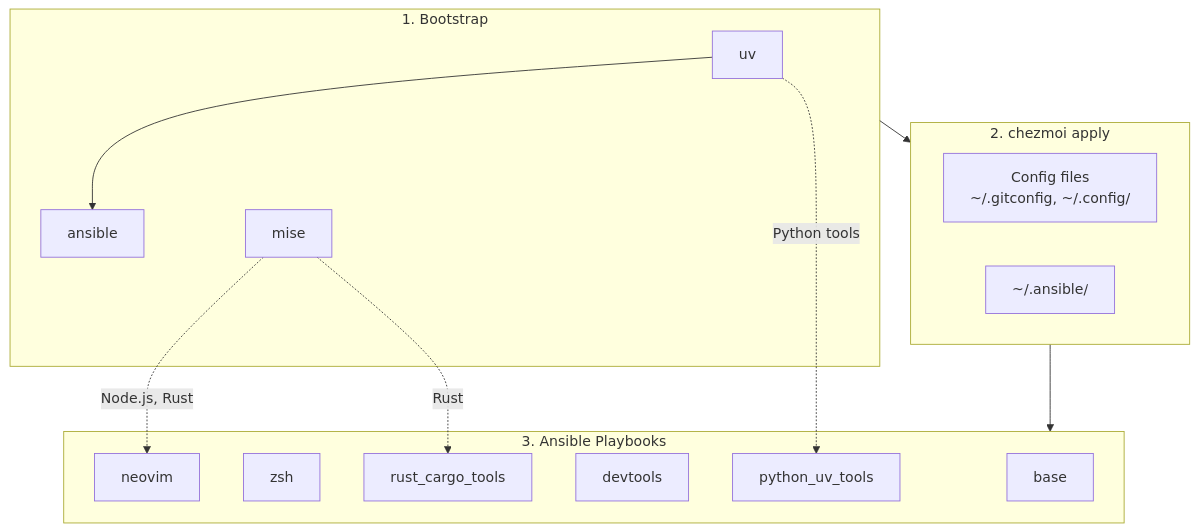
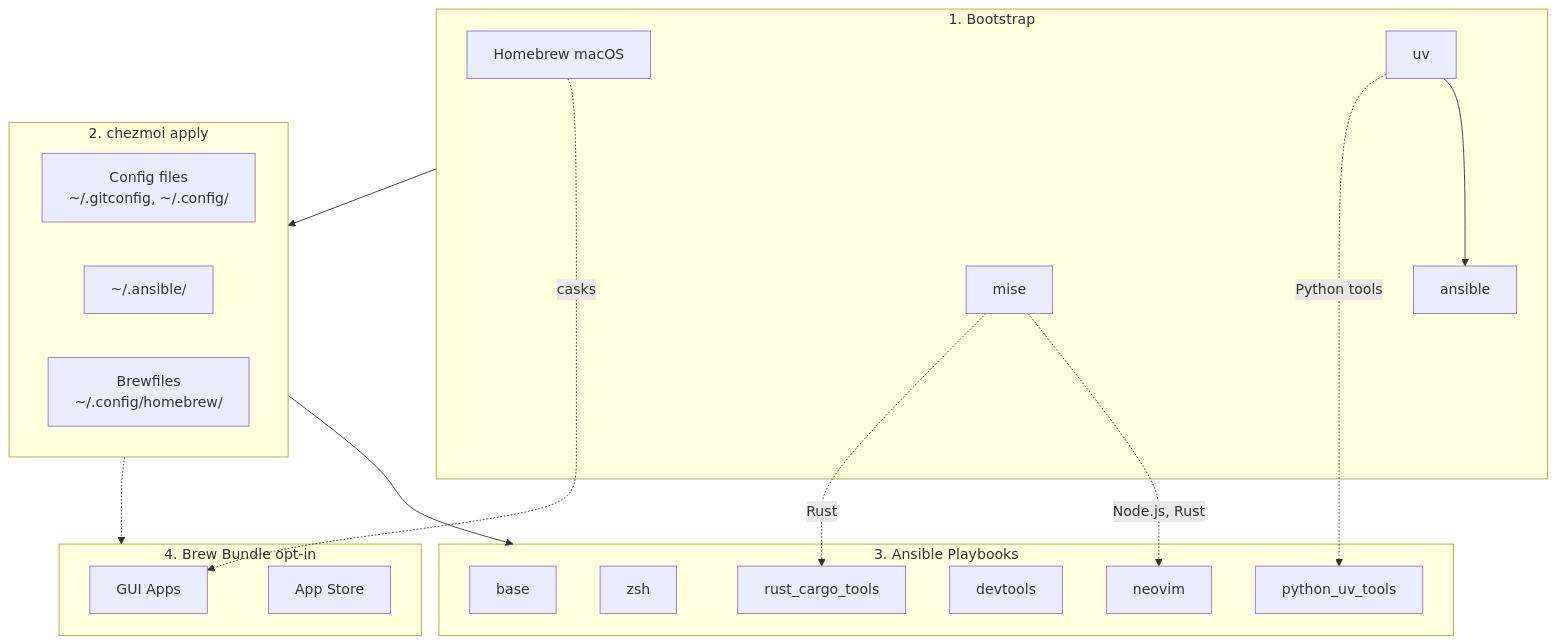
One commit to keithksleeitri/dotfiles changed the diagram in README.md. Above: the diagram before and after it, drawn with Mermaid. The commit also changed other lines of this file and 14 other files, not shown here.

````diff
--- a/README.md
+++ b/README.md
@@ -15,26 +15,35 @@
 ```mermaid
 flowchart TB
     subgraph Bootstrap["1. Bootstrap"]
+        BREW[Homebrew macOS]
         UV[uv] --> ANS[ansible]
         MISE[mise]
     end
 
     subgraph Chezmoi["2. chezmoi apply"]
         DOT[Config files<br/>~/.gitconfig, ~/.config/]
         ANSDIR[~/.ansible/]
+        BREWFILE[Brewfiles<br/>~/.config/homebrew/]
     end
 
     subgraph Ansible["3. Ansible Playbooks"]
         BASE[base]
         ZSH[zsh]
         NVIM[neovim]
         DEVTOOLS[devtools]
         UVTOOLS[python_uv_tools]
         CARGO[rust_cargo_tools]
     end
 
+    subgraph BrewBundle["4. Brew Bundle opt-in"]
+        CASKS[GUI Apps]
+        MAS[App Store]
+    end
+
     Bootstrap --> Chezmoi --> Ansible
+    Chezmoi -.-> BrewBundle
     MISE -.->|Node.js, Rust| NVIM
     MISE -.->|Rust| CARGO
     UV -.->|Python tools| UVTOOLS
+    BREW -.->|casks| CASKS
 ```
````
